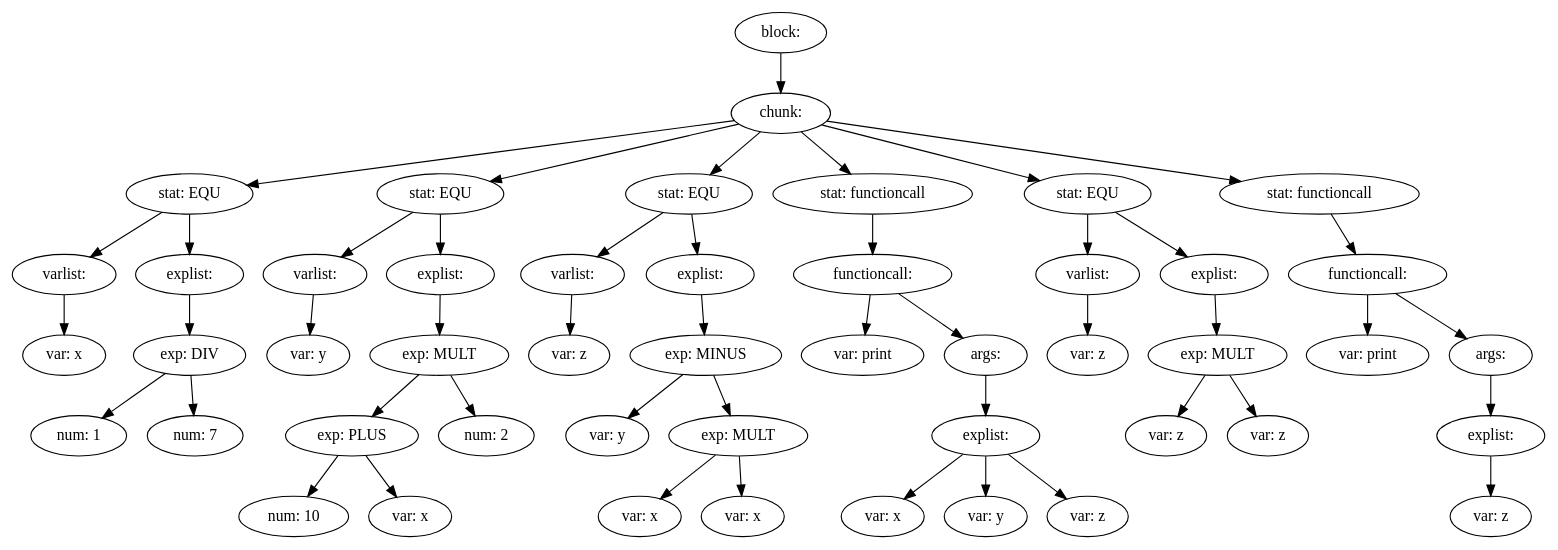
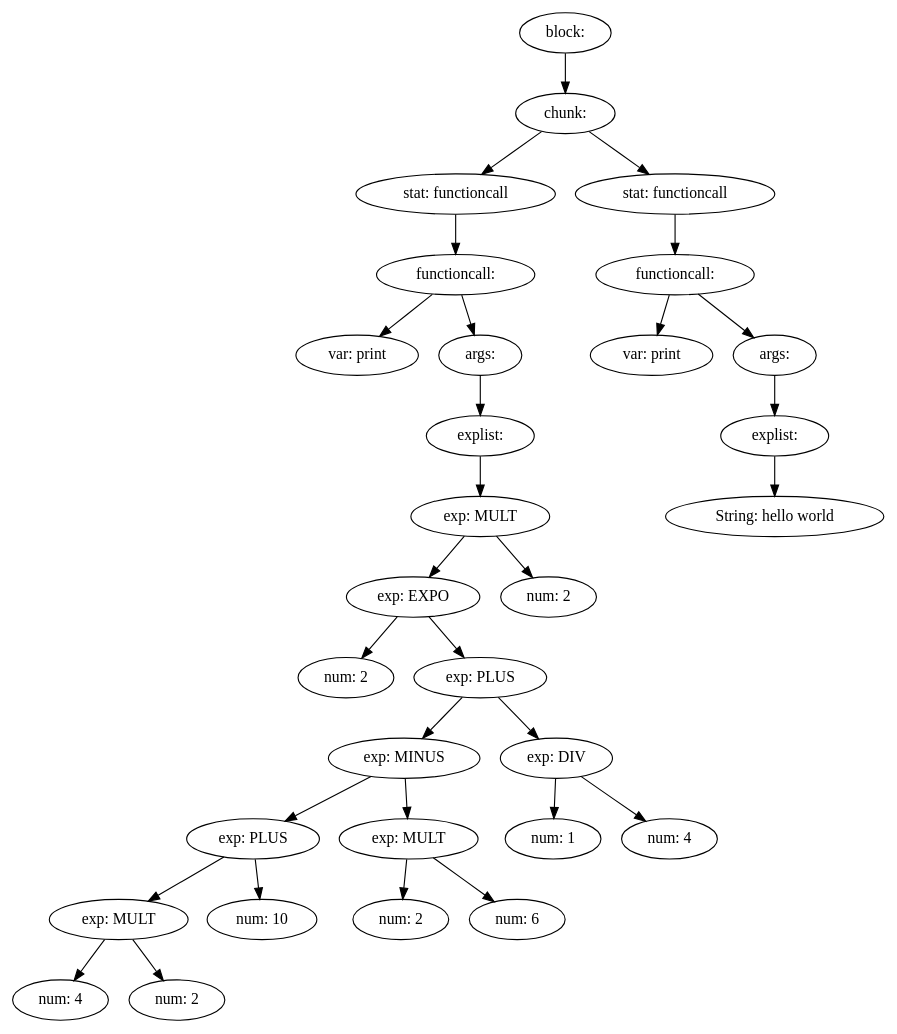
One commit to Inkaru/compiler changed the diagram in ass1-int/source.md. Above: the diagram before and after it, drawn with Graphviz. The commit also changed 9 other files, not shown here.

````diff
--- a/ass1-int/source.md
+++ b/ass1-int/source.md
@@ -1,99 +1,63 @@
 ```graphviz
 digraph {
-47 [label="block: "];
-47 -> 7
-7 [label="chunk: "];
-7 -> 6
-7 -> 16
-7 -> 25
-7 -> 33
-7 -> 40
-7 -> 46
-6 [label="stat: EQU"];
-6 -> 1
+29 [label="block: "];
+29 -> 22
+22 [label="chunk: "];
+22 -> 21
+22 -> 28
+21 [label="stat: functioncall"];
+21 -> 20
+20 [label="functioncall: "];
+20 -> 0
+20 -> 19
+0 [label="var: print"];
+19 [label="args: "];
+19 -> 18
+18 [label="explist: "];
+18 -> 17
+17 [label="exp: MULT"];
+17 -> 15
+17 -> 16
+15 [label="exp: EXPO"];
+15 -> 1
+15 -> 14
+1 [label="num: 2"];
+14 [label="exp: PLUS"];
+14 -> 10
+14 -> 13
+10 [label="exp: MINUS"];
+10 -> 6
+10 -> 9
+6 [label="exp: PLUS"];
+6 -> 4
 6 -> 5
-1 [label="varlist: "];
-1 -> 0
-0 [label="var: x"];
-5 [label="explist: "];
-5 -> 4
-4 [label="exp: DIV"];
+4 [label="exp: MULT"];
 4 -> 2
 4 -> 3
-2 [label="num: 1"];
-3 [label="num: 7"];
-16 [label="stat: EQU"];
-16 -> 9
-16 -> 15
-9 [label="varlist: "];
+2 [label="num: 4"];
+3 [label="num: 2"];
+5 [label="num: 10"];
+9 [label="exp: MULT"];
+9 -> 7
 9 -> 8
-8 [label="var: y"];
-15 [label="explist: "];
-15 -> 14
-14 [label="exp: MULT"];
-14 -> 12
-14 -> 13
-12 [label="exp: PLUS"];
-12 -> 10
-12 -> 11
-10 [label="num: 10"];
-11 [label="var: x"];
-13 [label="num: 2"];
-25 [label="stat: EQU"];
-25 -> 18
+7 [label="num: 2"];
+8 [label="num: 6"];
+13 [label="exp: DIV"];
+13 -> 11
+13 -> 12
+11 [label="num: 1"];
+12 [label="num: 4"];
+16 [label="num: 2"];
+28 [label="stat: functioncall"];
+28 -> 27
+27 [label="functioncall: "];
+27 -> 23
+27 -> 26
+23 [label="var: print"];
+26 [label="args: "];
+26 -> 25
+25 [label="explist: "];
 25 -> 24
-18 [label="varlist: "];
-18 -> 17
-17 [label="var: z"];
-24 [label="explist: "];
-24 -> 23
-23 [label="exp: MINUS"];
-23 -> 19
-23 -> 22
-19 [label="var: y"];
-22 [label="exp: MULT"];
-22 -> 20
-22 -> 21
-20 [label="var: x"];
-21 [label="var: x"];
-33 [label="stat: functioncall"];
-33 -> 32
-32 [label="functioncall: "];
-32 -> 26
-32 -> 31
-26 [label="var: print"];
-31 [label="args: "];
-31 -> 28
-28 [label="explist: "];
-28 -> 27
-28 -> 29
-28 -> 30
-27 [label="var: x"];
-29 [label="var: y"];
-30 [label="var: z"];
-40 [label="stat: EQU"];
-40 -> 35
-40 -> 39
-35 [label="varlist: "];
-35 -> 34
-34 [label="var: z"];
-39 [label="explist: "];
-39 -> 38
-38 [label="exp: MULT"];
-38 -> 36
-38 -> 37
-36 [label="var: z"];
-37 [label="var: z"];
-46 [label="stat: functioncall"];
-46 -> 45
-45 [label="functioncall: "];
-45 -> 41
-45 -> 44
-41 [label="var: print"];
-44 [label="args: "];
-44 -> 43
-43 [label="explist: "];
-43 -> 42
-42 [label="var: z"];
+24 [label="String: hello world"];
 }
 ```
````
